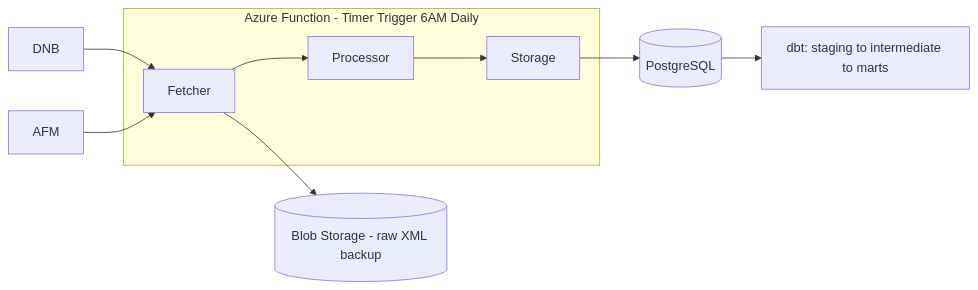
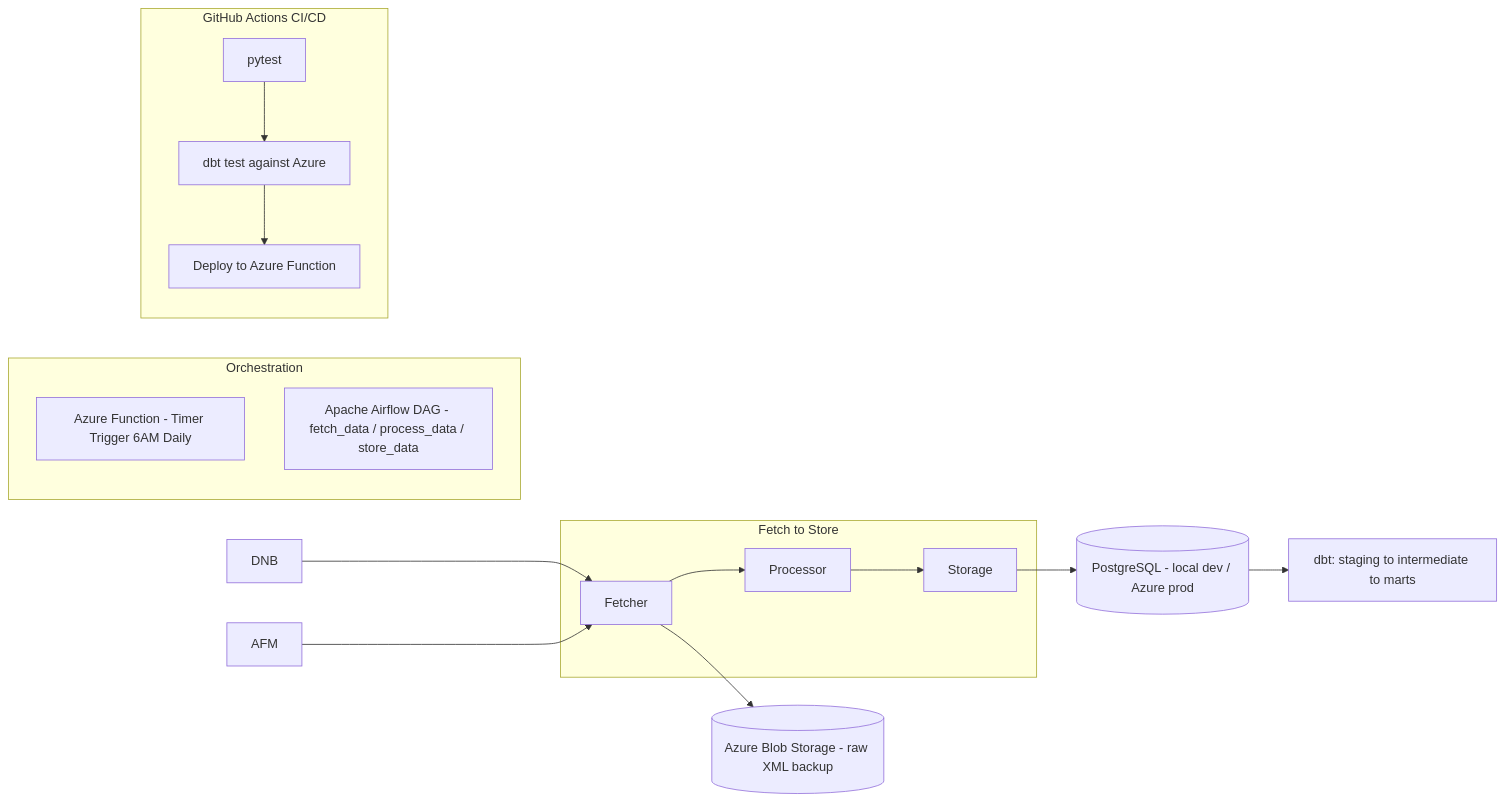
One commit to maryamhasan220000-byte/dutch-regulatory-pipeline- changed the diagram in README.md. Above: the diagram before and after it, drawn with Mermaid. The commit also changed other lines of this file, not shown here.

````diff
--- a/README.md
+++ b/README.md
@@ -11,17 +11,24 @@
-```mermaid 
+```mermaid
 graph LR
-DNB[DNB] --> Fetcher
-AFM[AFM] --> Fetcher
+    DNB[DNB] --> Fetcher
+    AFM[AFM] --> Fetcher
 
-subgraph AzureFunc[Azure Function - Timer Trigger 6AM Daily]
-    Fetcher
-    Processor
-    Storage
-end
+    subgraph Pipeline[Fetch to Store]
+        Fetcher --> Processor
+        Processor --> Storage
+    end
 
-Fetcher --> Processor
-Processor --> Storage
-Storage --> PostgreSQL[(PostgreSQL)]
-Fetcher --> Blob[(Blob Storage - raw XML backup)]
-PostgreSQL --> dbt[dbt: staging to intermediate to marts]
+    Fetcher --> Blob[(Azure Blob Storage - raw XML backup)]
+    Storage --> PG[(PostgreSQL - local dev / Azure prod)]
+    PG --> dbt[dbt: staging to intermediate to marts]
+
+    subgraph Orchestration
+        AzureFunc[Azure Function - Timer Trigger 6AM Daily]
+        Airflow[Apache Airflow DAG - fetch_data / process_data / store_data]
+    end
+
+    subgraph CICD[GitHub Actions CI/CD]
+        Test[pytest] --> DbtTest[dbt test against Azure]
+        DbtTest --> Deploy[Deploy to Azure Function]
+    end
 ```
````
